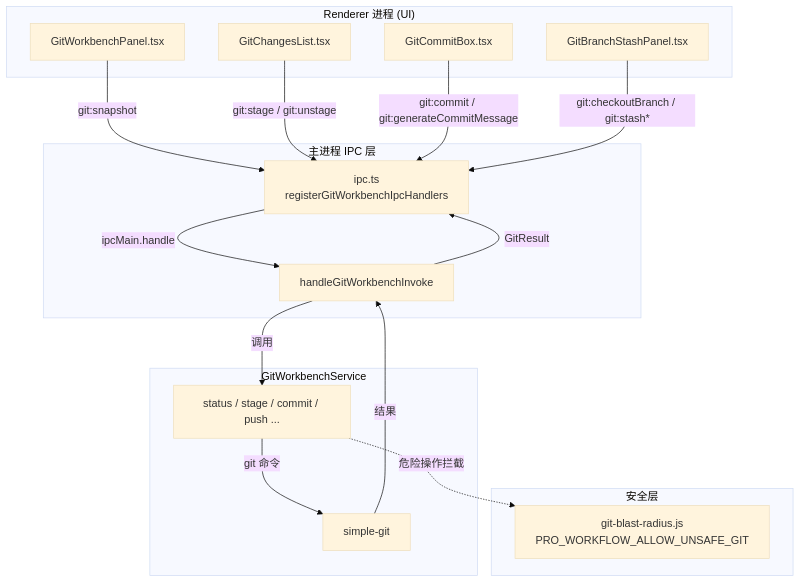
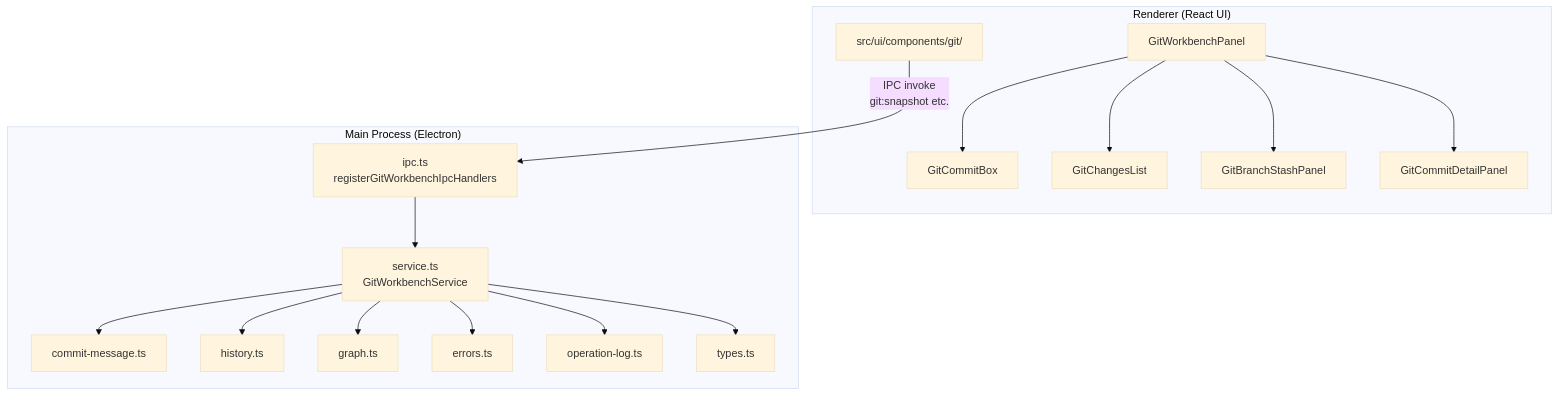
One commit to lst016/tech-cc-hub changed the first of 3 diagrams in .tech/repowiki/zh/content/核心模块规格/Git 工作台总览.md. Above: the diagram before and after it, drawn with Mermaid (base theme). The commit also changed other lines of this file and 129 other files, not shown here.

````diff
--- a/.tech/repowiki/zh/content/核心模块规格/Git 工作台总览.md
+++ b/.tech/repowiki/zh/content/核心模块规格/Git 工作台总览.md
@@ -133,36 +78,33 @@
 ```mermaid
 flowchart TB
-    subgraph Renderer["Renderer 进程 (UI)"]
-        A[GitWorkbenchPanel.tsx]
-        B[GitChangesList.tsx]
-        C[GitCommitBox.tsx]
-        D[GitBranchStashPanel.tsx]
+    subgraph Renderer["Renderer (React UI)"]
+        UI["src/ui/components/git/"]
+        GWP["GitWorkbenchPanel"]
+        GCB["GitCommitBox"]
+        GCL["GitChangesList"]
+        GBSP["GitBranchStashPanel"]
+        GCDP["GitCommitDetailPanel"]
     end
 
-    subgraph Main["主进程 IPC 层"]
-        E["ipc.ts<br/>registerGitWorkbenchIpcHandlers"]
-        F["handleGitWorkbenchInvoke"]
+    subgraph Main["Main Process (Electron)"]
+        IPC["ipc.ts<br/>registerGitWorkbenchIpcHandlers"]
+        SERVICE["service.ts<br/>GitWorkbenchService"]
+        COMMIT_MSG["commit-message.ts"]
+        HISTORY["history.ts"]
+        GRAPH["graph.ts"]
+        ERRORS["errors.ts"]
+        OP_LOG["operation-log.ts"]
+        TYPES["types.ts"]
     end
 
-    subgraph Service["GitWorkbenchService"]
-        G["status / stage / commit / push ..."]
-        H["simple-git"]
-    end
+    IPC --> SERVICE
+    SERVICE --> HISTORY
+    SERVICE --> GRAPH
+    SERVICE --> COMMIT_MSG
+    SERVICE --> ERRORS
+    SERVICE --> OP_LOG
+    SERVICE --> TYPES
 
-    subgraph Safety["安全层"]
-        I["git-blast-radius.js<br/>PRO_WORKFLOW_ALLOW_UNSAFE_GIT"]
-    end
-
-    A -->|git:snapshot| E
-    B -->|git:stage / git:unstage| E
-    C -->|git:commit / git:generateCommitMessage| E
-    D -->|git:checkoutBranch / git:stash*| E
-
-    E -->|ipcMain.handle| F
-    F -->|调用| G
-    G -->|git 命令| H
-    H -->|结果| F
-    F -->|GitResult| E
-
-    G -.->|危险操作拦截| I
+    UI -->|"IPC invoke<br/>git:snapshot etc."| IPC
+    GWP --> GCB & GCL & GBSP & GCDP
 ```
````
